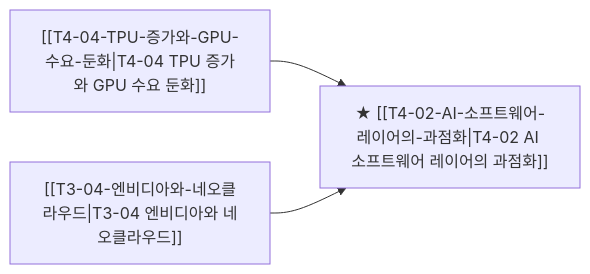
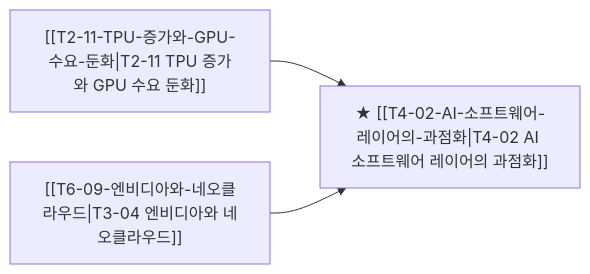
Before and after one commit to zoofighter/b_0901_Argus_pulse: the diagram in thesis/T4-02-AI-소프트웨어-레이어의-과점화.md, drawn with Mermaid. The commit also changed other lines of this file and 94 other files, not shown here.

````diff
--- a/thesis/T4-02-AI-소프트웨어-레이어의-과점화.md
+++ b/thesis/T4-02-AI-소프트웨어-레이어의-과점화.md
@@ -69,5 +69,5 @@
 ```mermaid
 graph LR
-    P_T_06["[[T4-04-TPU-증가와-GPU-수요-둔화|T4-04 TPU 증가와 GPU 수요 둔화]]"] --> T_T_31["★ [[T4-02-AI-소프트웨어-레이어의-과점화|T4-02 AI 소프트웨어 레이어의 과점화]]"]
-    P_T_08["[[T3-04-엔비디아와-네오클라우드|T3-04 엔비디아와 네오클라우드]]"] --> T_T_31["★ [[T4-02-AI-소프트웨어-레이어의-과점화|T4-02 AI 소프트웨어 레이어의 과점화]]"]
+    P_T_06["[[T2-11-TPU-증가와-GPU-수요-둔화|T2-11 TPU 증가와 GPU 수요 둔화]]"] --> T_T_31["★ [[T4-02-AI-소프트웨어-레이어의-과점화|T4-02 AI 소프트웨어 레이어의 과점화]]"]
+    P_T_08["[[T6-09-엔비디아와-네오클라우드|T3-04 엔비디아와 네오클라우드]]"] --> T_T_31["★ [[T4-02-AI-소프트웨어-레이어의-과점화|T4-02 AI 소프트웨어 레이어의 과점화]]"]
 ```
````
